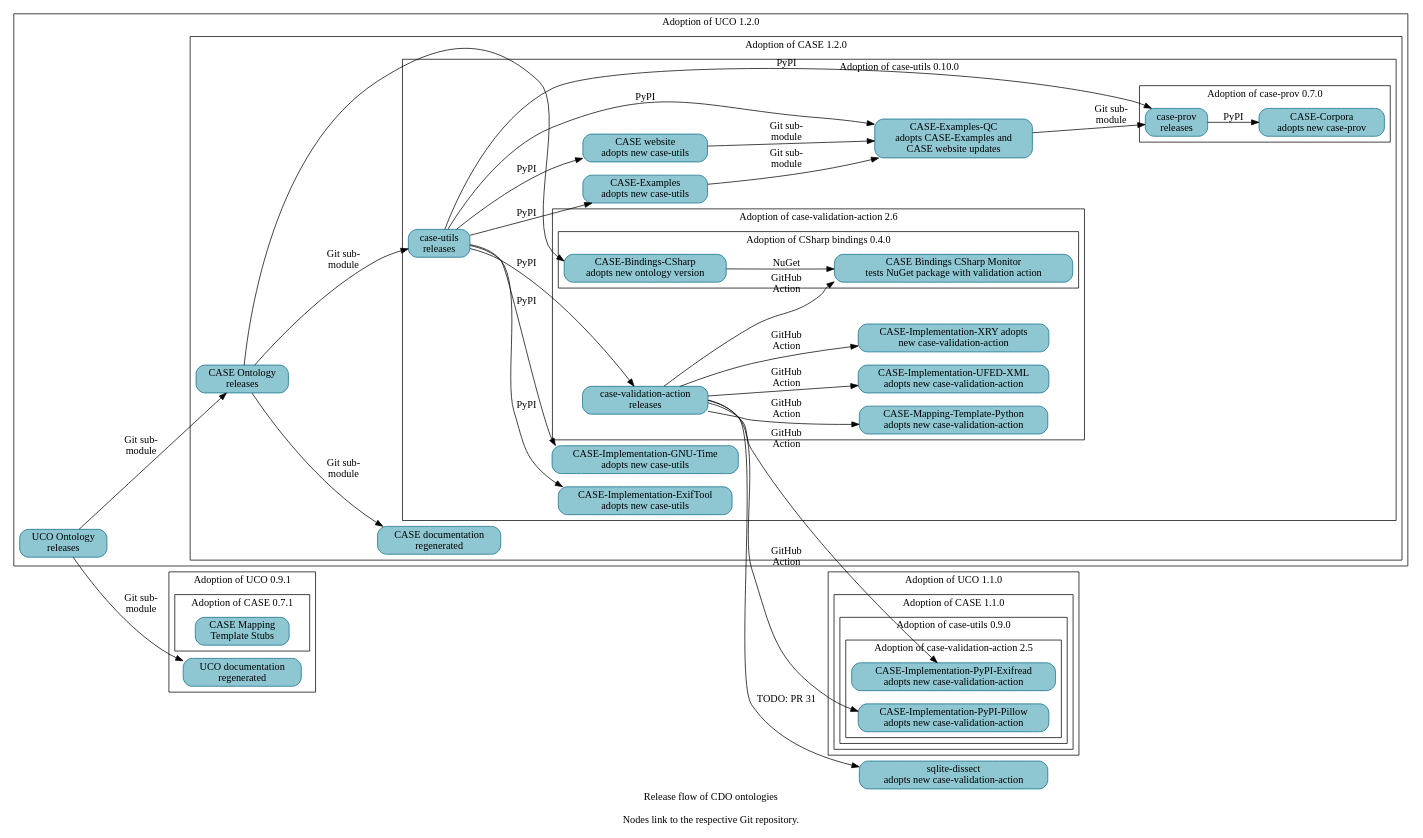
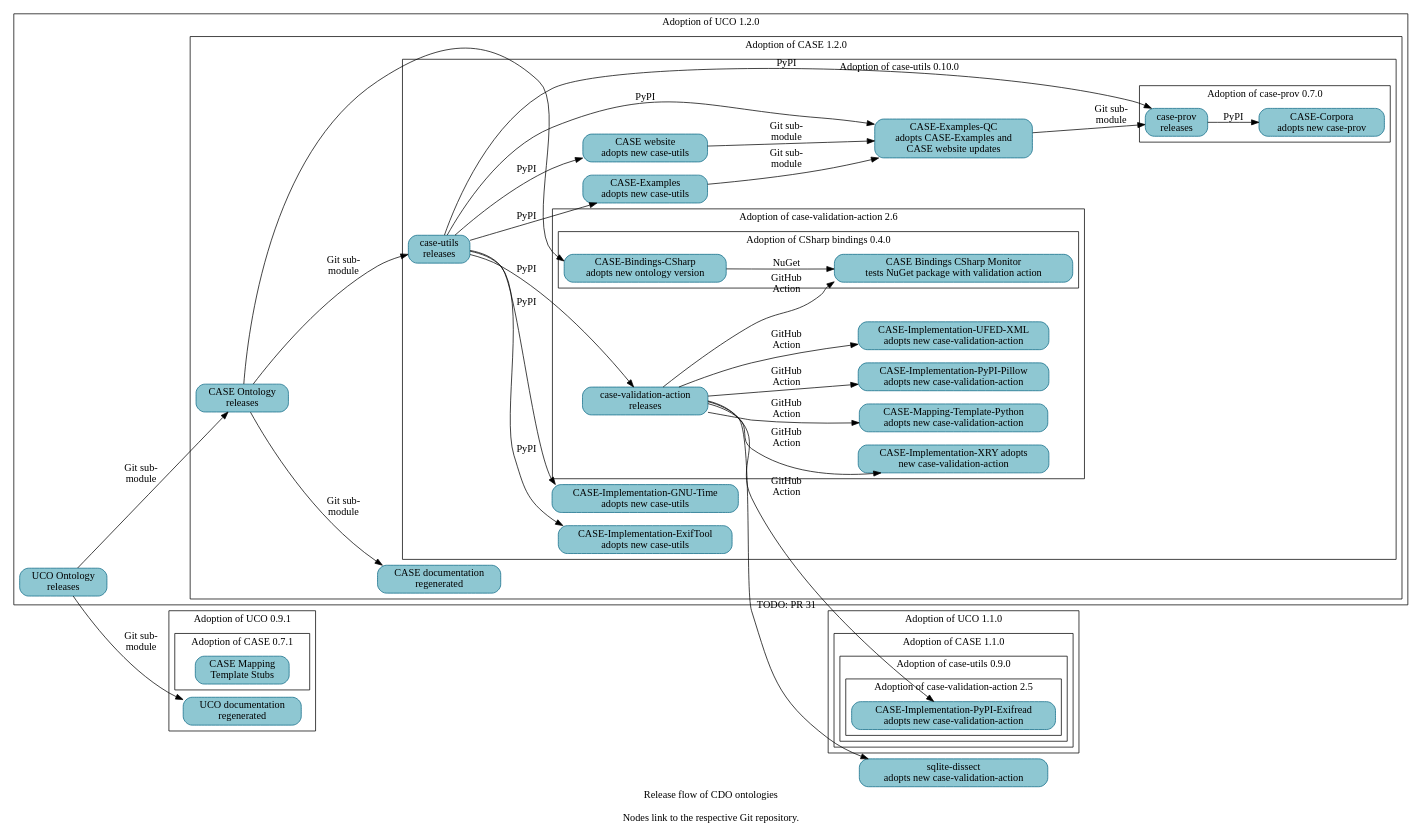
One commit to Cyber-Domain-Ontology/cdo.github.io changed the diagram in resources/project_release_flow.dot. Above: the diagram before and after it, drawn with Graphviz. The commit also changed other lines of this file, not shown here.

First line of the commit message:
Bump CASE-Implementation-PyPI-Pillow adoption status

```diff
--- a/resources/project_release_flow.dot
+++ b/resources/project_release_flow.dot
@@ -1,113 +1,113 @@
 digraph "cdo_release_flow" {
   label = "Release flow of CDO ontologies\n\nNodes link to the respective Git repository." ;
   rankdir = "LR" ;
   node [shape="rectangle" style="filled,rounded" fillcolor="#8EC7D2" color="#0D6986"] ;
 
 
   // Define nodes in their corresponding progress subgraph.
 
   subgraph cluster_uco_0_9_1 {
     label = "Adoption of UCO 0.9.1" ;
 
     _GH__UCOPROJECT__ONTOLOGY_UNIFIEDCYBERONTOLOGY_ORG [URL="https://github.com/ucoProject/ontology.unifiedcyberontology.org" label="UCO documentation\nregenerated"] ;
 
     subgraph cluster_case_0_7_1 {
       label = "Adoption of CASE 0.7.1" ;
       _GH__CASEWORK__CASE_MAPPING_TEMPLATE_STUBS [URL="https://github.com/casework/CASE-Mapping-Template-Stubs" label="CASE Mapping\nTemplate Stubs"] ;
     }
   }
   subgraph cluster_uco_1_1_0 {
     label = "Adoption of UCO 1.1.0" ;
 
     subgraph cluster_case_1_1_0 {
       label = "Adoption of CASE 1.1.0" ;
 
       subgraph cluster_case_utils_0_9_0 {
         label = "Adoption of case-utils 0.9.0" ;
 
         subgraph cluster_case_validation_action_2_5 {
           label = "Adoption of case-validation-action 2.5" ;
 
           _GH__CASEWORK__CASE_IMPLEMENTATON_PYPI_EXIFREAD [URL="https://github.com/casework/CASE-Implementation-PyPI-Exifread" label="CASE-Implementation-PyPI-Exifread\nadopts new case-validation-action"] ;
-          _GH__CASEWORK__CASE_IMPLEMENTATON_PYPI_PILLOW [URL="https://github.com/casework/CASE-Implementation-PyPI-Pillow" label="CASE-Implementation-PyPI-Pillow\nadopts new case-validation-action"] ;
         }
       }
     }
   }
   subgraph cluster_uco_1_2_0 {
     label = "Adoption of UCO 1.2.0" ;
 
     _GH__UCOPROJECT__UCO [URL="https://github.com/ucoProject/UCO" label="UCO Ontology\nreleases"] ;
 
     subgraph cluster_case_1_2_0 {
       label = "Adoption of CASE 1.2.0" ;
 
       _GH__CASEWORK__CASE [URL="https://github.com/casework/CASE" label="CASE Ontology\nreleases"] ;
       _GH__CASEWORK__ONTOLOGY_CASEONTOLOGY_ORG [URL="https://github.com/casework/ontology.caseontology.org" label="CASE documentation\nregenerated"] ;
 
       subgraph cluster_case_utils_0_10_0 {
         label = "Adoption of case-utils 0.10.0" ;
 
         _GH__AJNELSON_NIST__CASE_EXAMPLES_QC [URL="https://github.com/ajnelson-nist/CASE-Examples-QC" label="CASE-Examples-QC\nadopts CASE-Examples and\nCASE website updates"] ;
         _GH__CASEWORK__CASE_EXAMPLES [URL="https://github.com/casework/CASE-Examples" label="CASE-Examples\nadopts new case-utils"] ;
         _GH__CASEWORK__CASE_IMPLEMENTATON_EXIFTOOL [URL="https://github.com/casework/CASE-Implementation-ExifTool" label="CASE-Implementation-ExifTool\nadopts new case-utils"] ;
         _GH__CASEWORK__CASE_IMPLEMENTATON_GNU_TIME [URL="https://github.com/casework/CASE-Implementation-GNU-Time" label="CASE-Implementation-GNU-Time\nadopts new case-utils"] ;
         _GH__CASEWORK__CASE_UTILITIES_PYTHON [URL="https://github.com/casework/CASE-Utilities-Python" label="case-utils\nreleases"] ;
         _GH__CASEWORK__CASEWORK_GITHUB_IO [URL="https://github.com/casework/casework.github.io" label="CASE website\nadopts new case-utils"] ;
 
         subgraph cluster_case_prov_0_7_0 {
           label = "Adoption of case-prov 0.7.0" ;
 
           _GH__CASEWORK__CASE_CORPORA [URL="https://github.com/casework/CASE-Corpora" label="CASE-Corpora\nadopts new case-prov"] ;
           _GH__CASEWORK__CASE_IMPLEMENTATON_PROV_O [URL="https://github.com/casework/CASE-Implementation-PROV-O" label="case-prov\nreleases"] ;
         }
         subgraph cluster_case_validation_action_2_6 {
           label = "Adoption of case-validation-action 2.6" ;
 
+          _GH__CASEWORK__CASE_IMPLEMENTATON_PYPI_PILLOW [URL="https://github.com/casework/CASE-Implementation-PyPI-Pillow" label="CASE-Implementation-PyPI-Pillow\nadopts new case-validation-action"] ;
           _GH__CASEWORK__CASE_IMPLEMENTATON_UFED_XML [URL="https://github.com/casework/CASE-Implementation-UFED-XML" label="CASE-Implementation-UFED-XML\nadopts new case-validation-action"] ;
           _GH__CASEWORK__CASE_IMPLEMENTATON_XRY [URL="https://github.com/casework/CASE-Implementation-XRY" label="CASE-Implementation-XRY adopts\nnew case-validation-action"] ;
           _GH__CASEWORK__CASE_MAPPING_TEMPLATE_PYTHON [URL="https://github.com/casework/CASE-Mapping-Template-Python" label="CASE-Mapping-Template-Python\nadopts new case-validation-action"] ;
           _GH__KCHASON__CASE_VALIDATION_ACTION [URL="https://github.com/kchason/case-validation-action" label="case-validation-action\nreleases"] ;
 
           subgraph cluster_case_bindings_csharp_0_4_0 {
             label = "Adoption of CSharp bindings 0.4.0" ;
 
             _GH__CASEWORK__CASE_BINDINGS_CSHARP_MONITOR [URL="https://github.com/casework/CASE-Bindings-CSharp-Monitor" label="CASE Bindings CSharp Monitor\ntests NuGet package with validation action"] ;
             _GH__CIPHERTECHSOLUTIONS__CASE_BINDINGS_CSHARP [URL="https://github.com/ciphertechsolutions/CASE-Bindings-CSharp" label="CASE-Bindings-CSharp\nadopts new ontology version"]
           }
         }
       }
     }
   }
 
   _GH__DOD_CYBER_CRIME_CENTER__SQLITE_DISSECT [URL="https://github.com/dod-cyber-crime-center/sqlite-dissect" label="sqlite-dissect\nadopts new case-validation-action"] ;
 
   // Begin edges
 
   _GH__AJNELSON_NIST__CASE_EXAMPLES_QC -> _GH__CASEWORK__CASE_IMPLEMENTATON_PROV_O [label="Git sub-\nmodule"] ;
   _GH__CASEWORK__CASE -> _GH__CASEWORK__CASE_UTILITIES_PYTHON [label="Git sub-\nmodule"] ;
   _GH__CASEWORK__CASE -> _GH__CIPHERTECHSOLUTIONS__CASE_BINDINGS_CSHARP ;
   _GH__CASEWORK__CASE -> _GH__CASEWORK__ONTOLOGY_CASEONTOLOGY_ORG [label="Git sub-\nmodule"] ; 
   _GH__CASEWORK__CASE_EXAMPLES -> _GH__AJNELSON_NIST__CASE_EXAMPLES_QC [label="Git sub-\nmodule"] ;
   _GH__CASEWORK__CASE_IMPLEMENTATON_PROV_O -> _GH__CASEWORK__CASE_CORPORA [label="PyPI"] ;
   _GH__CASEWORK__CASE_UTILITIES_PYTHON -> _GH__AJNELSON_NIST__CASE_EXAMPLES_QC [label="PyPI"] ;
   _GH__CASEWORK__CASE_UTILITIES_PYTHON -> _GH__CASEWORK__CASE_EXAMPLES [label="PyPI"] ;
   _GH__CASEWORK__CASE_UTILITIES_PYTHON -> _GH__CASEWORK__CASE_IMPLEMENTATON_EXIFTOOL [label="PyPI"] ;
   _GH__CASEWORK__CASE_UTILITIES_PYTHON -> _GH__CASEWORK__CASE_IMPLEMENTATON_GNU_TIME [label="PyPI"] ;
   _GH__CASEWORK__CASE_UTILITIES_PYTHON -> _GH__CASEWORK__CASE_IMPLEMENTATON_PROV_O [label="PyPI"] ;
   _GH__CASEWORK__CASE_UTILITIES_PYTHON -> _GH__KCHASON__CASE_VALIDATION_ACTION [label="PyPI"] ;
   _GH__CASEWORK__CASE_UTILITIES_PYTHON -> _GH__CASEWORK__CASEWORK_GITHUB_IO [label="PyPI"] ;
   _GH__CASEWORK__CASEWORK_GITHUB_IO -> _GH__AJNELSON_NIST__CASE_EXAMPLES_QC [label="Git sub-\nmodule"] ;
   _GH__CIPHERTECHSOLUTIONS__CASE_BINDINGS_CSHARP -> _GH__CASEWORK__CASE_BINDINGS_CSHARP_MONITOR [label="NuGet"] ;
   _GH__KCHASON__CASE_VALIDATION_ACTION -> _GH__CASEWORK__CASE_BINDINGS_CSHARP_MONITOR [label="GitHub\nAction"] ;
   _GH__KCHASON__CASE_VALIDATION_ACTION -> _GH__CASEWORK__CASE_IMPLEMENTATON_PYPI_EXIFREAD [label="GitHub\nAction"] ;
   _GH__KCHASON__CASE_VALIDATION_ACTION -> _GH__CASEWORK__CASE_IMPLEMENTATON_PYPI_PILLOW [label="GitHub\nAction"] ;
   _GH__KCHASON__CASE_VALIDATION_ACTION -> _GH__CASEWORK__CASE_IMPLEMENTATON_UFED_XML [label="GitHub\nAction"] ;
   _GH__KCHASON__CASE_VALIDATION_ACTION -> _GH__CASEWORK__CASE_IMPLEMENTATON_XRY [label="GitHub\nAction"] ;
   _GH__KCHASON__CASE_VALIDATION_ACTION -> _GH__CASEWORK__CASE_MAPPING_TEMPLATE_PYTHON [label="GitHub\nAction"] ;
   _GH__KCHASON__CASE_VALIDATION_ACTION -> _GH__DOD_CYBER_CRIME_CENTER__SQLITE_DISSECT [URL="https://github.com/dod-cyber-crime-center/sqlite-dissect/pull/31" label="TODO: PR 31"] ;
   // TODO _GH__UCOPROJECT__ONTOLOGY_UNIFIEDCYBERONTOLOGY_ORG -> _GH__CASEWORK__ONTOLOGY_CASEONTOLOGY_ORG [label="Tech-\ncheck"];
   _GH__UCOPROJECT__UCO -> _GH__CASEWORK__CASE [label="Git sub-\nmodule"] ;
   _GH__UCOPROJECT__UCO -> _GH__UCOPROJECT__ONTOLOGY_UNIFIEDCYBERONTOLOGY_ORG [label="Git sub-\nmodule"] ;
 
 }
```
